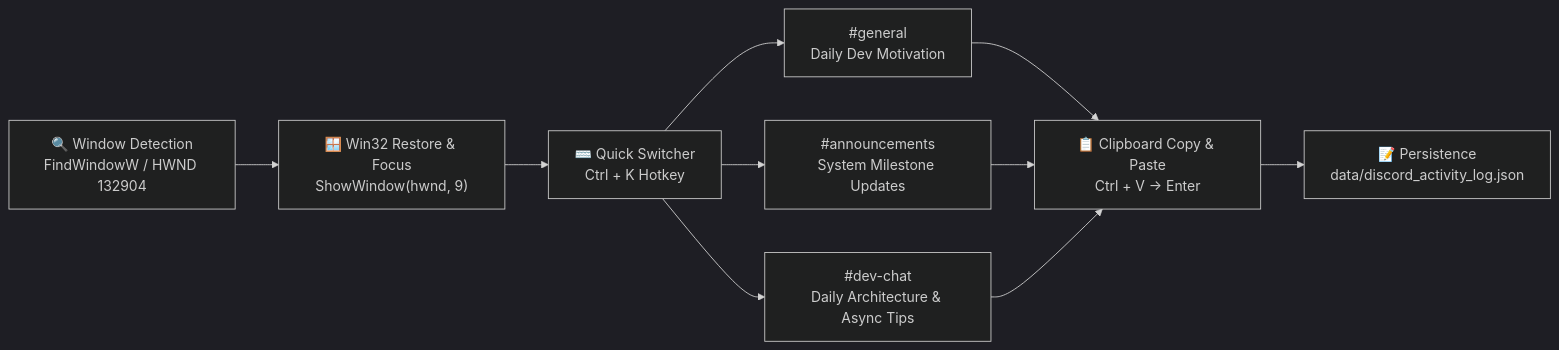
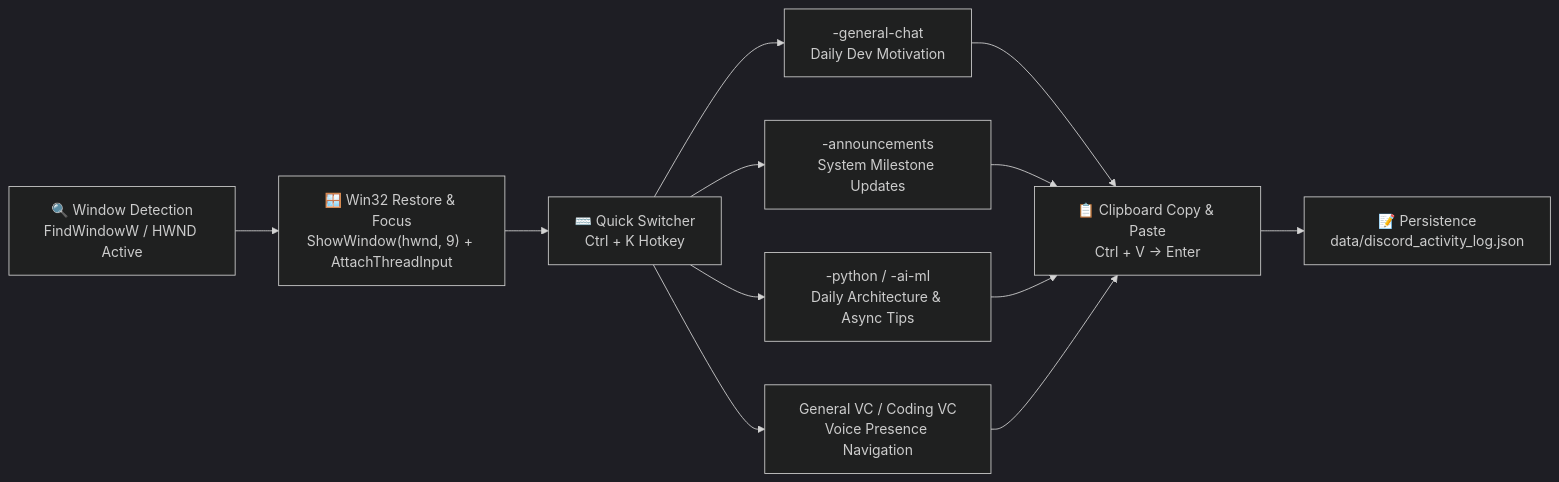
One commit to pasha804/SARA-AI-2.5-Pro changed the fifth of 6 diagrams in architecture.md. Above: the diagram before and after it, drawn with Mermaid (dark theme). The commit also changed other lines of this file and 10 other files, not shown here.

Commit message:
docs: refine architecture, NEXORA discord matrix, n8n catalog and package metadata for v2.5.0

````diff
--- a/architecture.md
+++ b/architecture.md
@@ -127,12 +127,13 @@
 ```mermaid
 flowchart LR
-    DiscordDetect["🔍 Window Detection<br/>FindWindowW / HWND 132904"] --> Focus["🪟 Win32 Restore & Focus<br/>ShowWindow(hwnd, 9)"]
+    DiscordDetect["🔍 Window Detection<br/>FindWindowW / HWND Active"] --> Focus["🪟 Win32 Restore & Focus<br/>ShowWindow(hwnd, 9) + AttachThreadInput"]
     Focus --> QS["⌨️ Quick Switcher<br/>Ctrl + K Hotkey"]
     
-    QS --> Gen["#general<br/>Daily Dev Motivation"]
-    QS --> Ann["#announcements<br/>System Milestone Updates"]
-    QS --> Dev["#dev-chat<br/>Daily Architecture & Async Tips"]
+    QS --> Gen["-general-chat<br/>Daily Dev Motivation"]
+    QS --> Ann["-announcements<br/>System Milestone Updates"]
+    QS --> Dev["-python / -ai-ml<br/>Daily Architecture & Async Tips"]
+    QS --> Voice["General VC / Coding VC<br/>Voice Presence Navigation"]
     
-    Gen & Ann & Dev --> Type["📋 Clipboard Copy & Paste<br/>Ctrl + V -> Enter"]
+    Gen & Ann & Dev & Voice --> Type["📋 Clipboard Copy & Paste<br/>Ctrl + V -> Enter"]
     Type --> Log["📝 Persistence<br/>data/discord_activity_log.json"]
 ```
````
